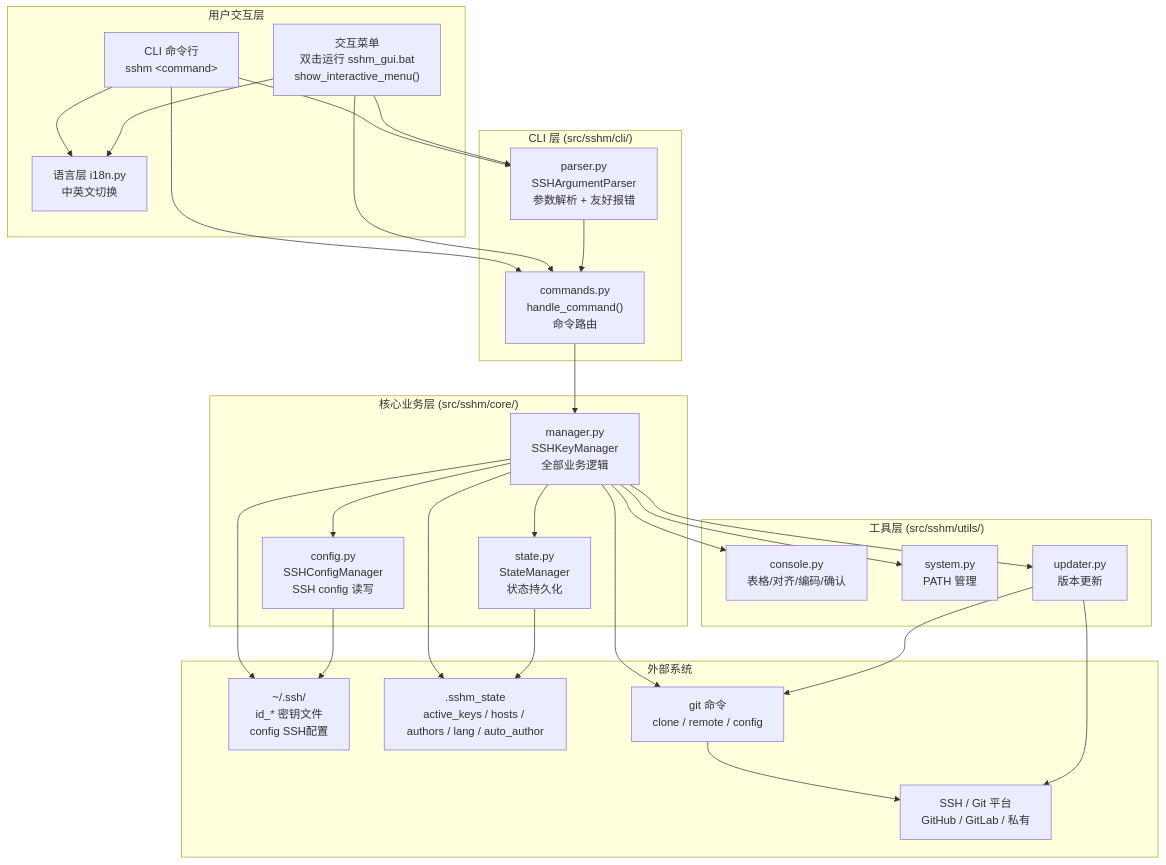
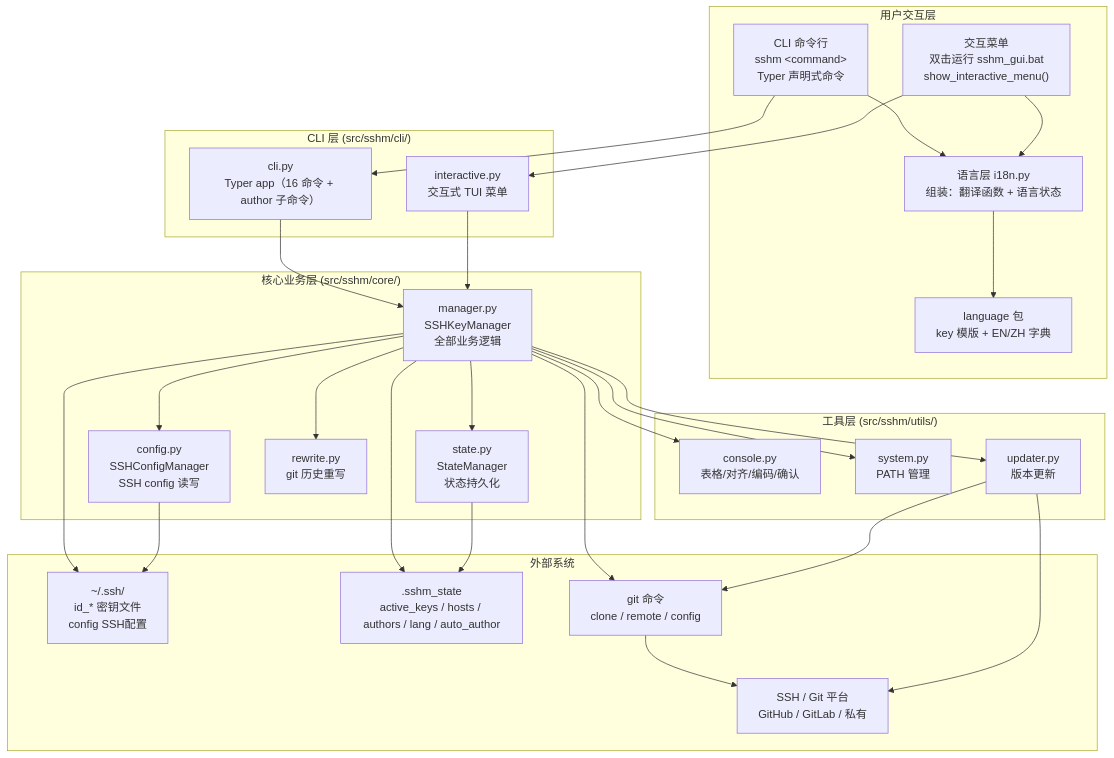
Before and after one commit to 365tools/SSHKeyManager: the diagram in docs/architecture.mmd, drawn with Mermaid. The commit also changed 43 other files, not shown here.

```diff
--- a/docs/architecture.mmd
+++ b/docs/architecture.mmd
@@ -1,66 +1,68 @@
 %% sshm 架构图
 %% 多账号 Git SSH 密钥管理工具
 flowchart TB
 
     subgraph User["用户交互层"]
-        CLI["CLI 命令行<br/>sshm &lt;command&gt;"]
+        CLI["CLI 命令行<br/>sshm &lt;command&gt;<br/>Typer 声明式命令"]
         GUI["交互菜单<br/>双击运行 sshm_gui.bat<br/>show_interactive_menu()"]
-        LANG["语言层 i18n.py<br/>中英文切换"]
+        LANG["语言层 i18n.py<br/>组装：翻译函数 + 语言状态"]
+        LANG_PKG["language 包<br/>key 模版 + EN/ZH 字典"]
     end
 
     subgraph Cli["CLI 层 (src/sshm/cli/)"]
-        Parser["parser.py<br/>SSHArgumentParser<br/>参数解析 + 友好报错"]
-        Commands["commands.py<br/>handle_command()<br/>命令路由"]
+        CLIAPP["cli.py<br/>Typer app（16 命令 + author 子命令）"]
+        Interactive["interactive.py<br/>交互式 TUI 菜单"]
     end
 
     subgraph Core["核心业务层 (src/sshm/core/)"]
         Manager["manager.py<br/>SSHKeyManager<br/>全部业务逻辑"]
         Config["config.py<br/>SSHConfigManager<br/>SSH config 读写"]
         State["state.py<br/>StateManager<br/>状态持久化"]
+        Rewrite["rewrite.py<br/>git 历史重写"]
     end
 
     subgraph Utils["工具层 (src/sshm/utils/)"]
         Console["console.py<br/>表格/对齐/编码/确认"]
         System["system.py<br/>PATH 管理"]
         Updater["updater.py<br/>版本更新"]
     end
 
     subgraph External["外部系统"]
         SSH_DIR["~/.ssh/<br/>id_* 密钥文件<br/>config SSH配置"]
         STATE_FILE[".sshm_state<br/>active_keys / hosts / authors / lang / auto_author"]
         GIT["git 命令<br/>clone / remote / config"]
         SSHD["SSH / Git 平台<br/>GitHub / GitLab / 私有"]
     end
 
-    %% 用户层到 CLI 层
-    CLI --> Parser
-    CLI --> Commands
-    GUI --> Parser
-    GUI --> Commands
+    %% 用户层到 CLI / 语言层
+    CLI --> CLIAPP
+    GUI --> Interactive
     CLI --> LANG
     GUI --> LANG
+    LANG --> LANG_PKG
 
     %% CLI 层到核心层
-    Parser --> Commands
-    Commands --> Manager
+    CLIAPP --> Manager
+    Interactive --> Manager
 
     %% 核心层内部
     Manager --> Config
     Manager --> State
+    Manager --> Rewrite
 
     %% 核心层到工具层
     Manager --> Console
     Manager --> System
     Manager --> Updater
 
     %% 核心层到外部
     Manager --> SSH_DIR
     Manager --> STATE_FILE
     Manager --> GIT
     Config --> SSH_DIR
     State --> STATE_FILE
     GIT --> SSHD
 
     %% 更新命令专用路径
     Updater --> GIT
     Updater --> SSHD
```
